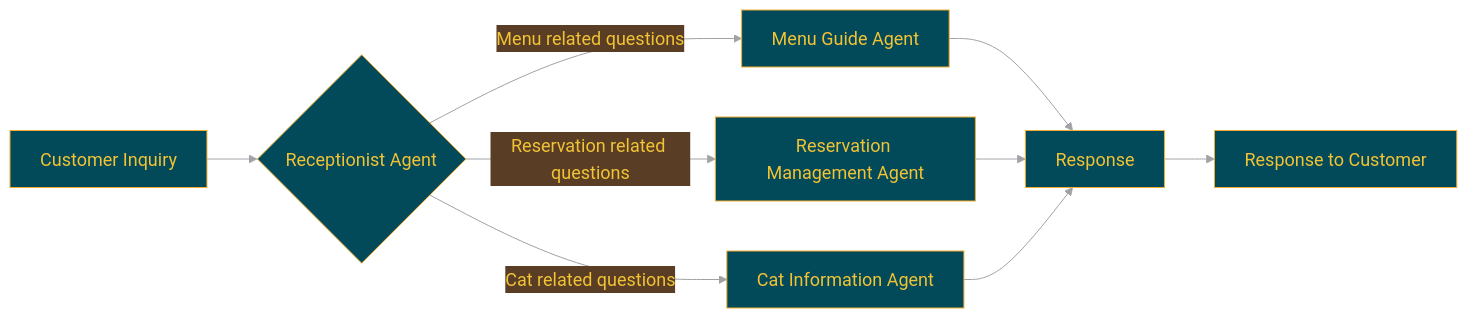
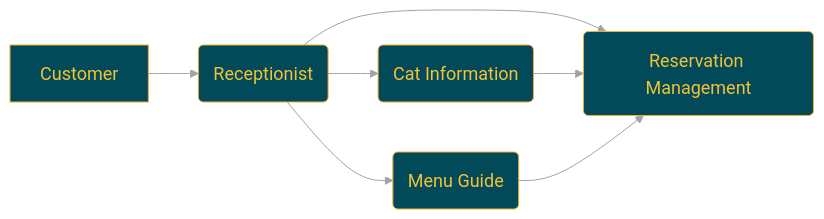
Before and after one commit to Sunwood-ai-labs/swarm-cat-cafe: the diagram in docs/README.en.md, drawn with Mermaid. The commit also changed other lines of this file, not shown here.

````diff
--- a/docs/README.en.md
+++ b/docs/README.en.md
@@ -150,17 +150,11 @@
 ```mermaid
 %%{init:{'theme':'base','themeVariables':{'primaryColor':'#024959','primaryTextColor':'#F2C335','primaryBorderColor':'#F2AE30','lineColor':'#A1A2A6','secondaryColor':'#593E25','tertiaryColor':'#F2C335','noteTextColor':'#024959','noteBkgColor':'#F2C335','textColor':'#024959','fontSize':'18px'}}}%%
 
 graph LR
-    A[Customer Inquiry] --> B{Receptionist Agent}
-    B -- Menu related questions --> C[Menu Guide Agent]
-    B -- Reservation related questions --> D[Reservation Management Agent]
-    B -- Cat related questions --> E[Cat Information Agent]
-    C --> F[Response]
-    D --> F
-    E --> F
-    F --> G[Response to Customer]
-
-    class B,C,D,E agent;
-    class A,G process;
-
+    A[Customer] --> B(Receptionist)
+    B --> C(Cat Information)
+    B --> D(Menu Guide)
+    B --> E(Reservation Management)
+    C --> E
+    D --> E
 ```
````
